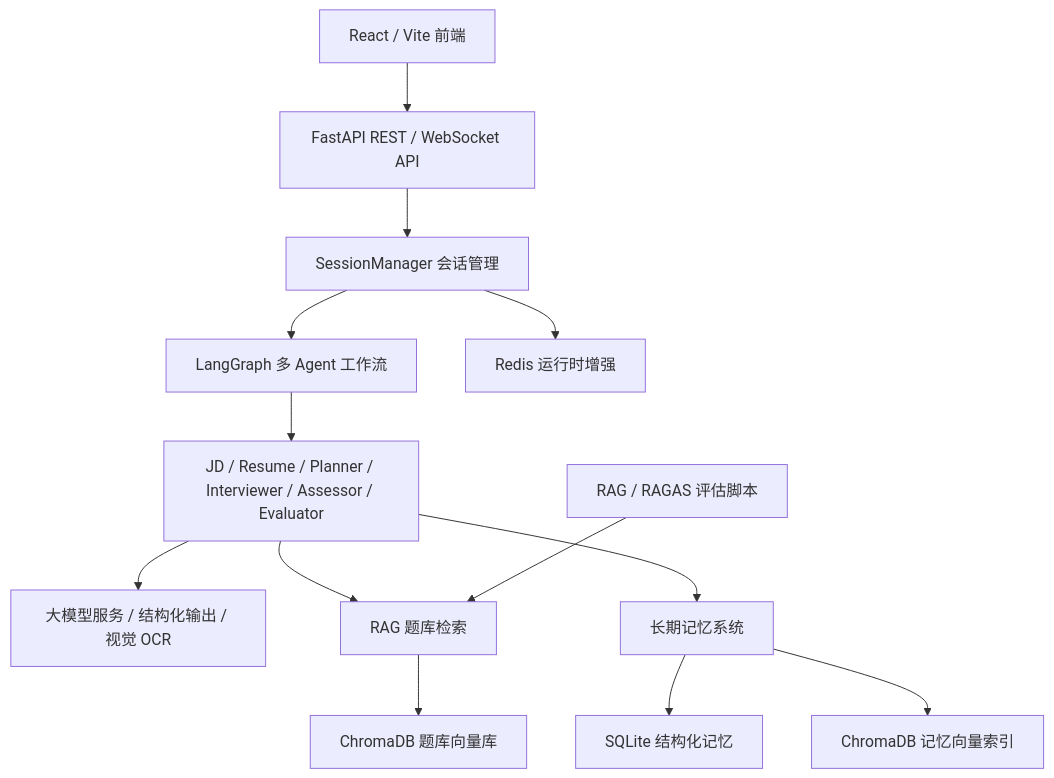
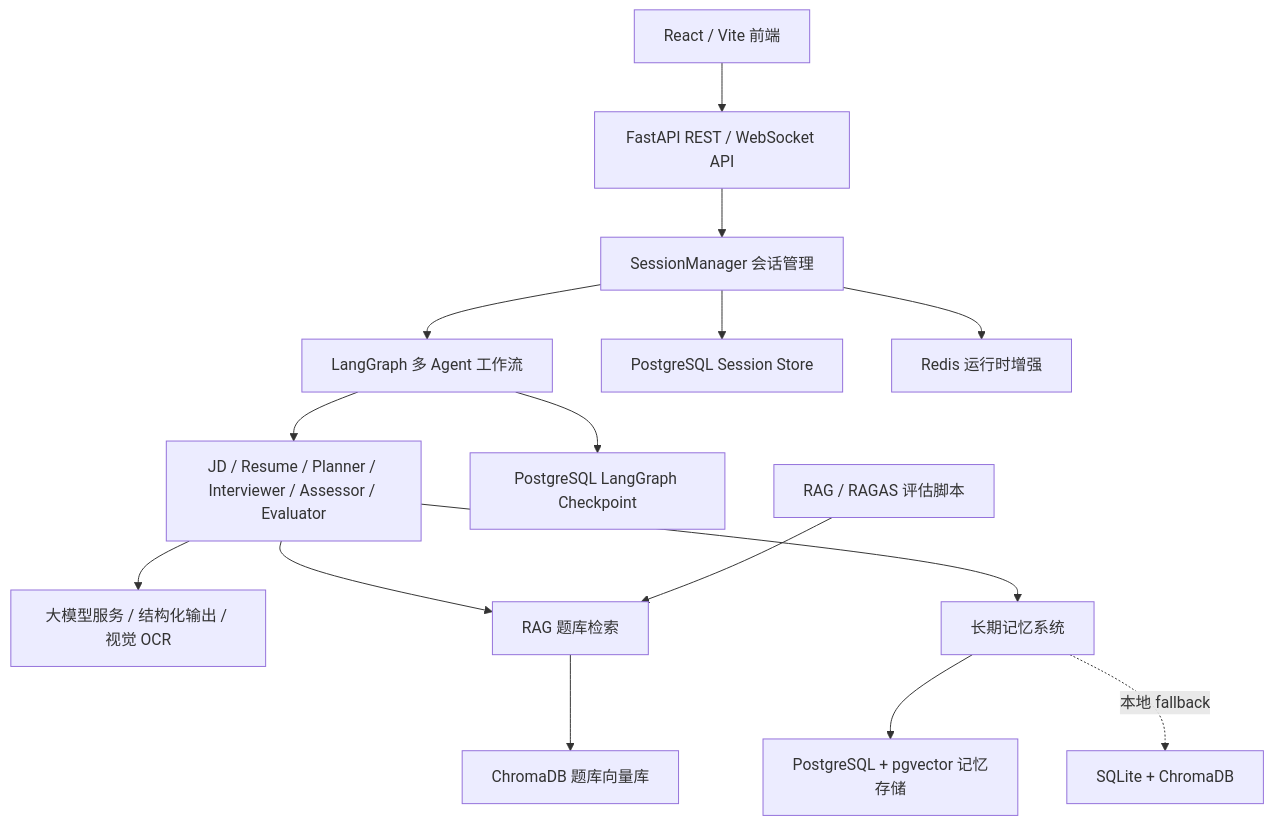
One commit to han-dreamer/ai-mock-interview changed the first of 5 diagrams in docs/course_agent_project_report.md. Above: the diagram before and after it, drawn with Mermaid. The commit also changed other lines of this file and 6 other files, not shown here.

Commit message:
docs: sync postgres memory architecture

````diff
--- a/docs/course_agent_project_report.md
+++ b/docs/course_agent_project_report.md
@@ -37,15 +37,17 @@
 ```mermaid
 flowchart TD
     UI["React / Vite 前端"] --> API["FastAPI REST / WebSocket API"]
     API --> Session["SessionManager 会话管理"]
     Session --> Graph["LangGraph 多 Agent 工作流"]
     Graph --> Agents["JD / Resume / Planner / Interviewer / Assessor / Evaluator"]
     Agents --> LLM["大模型服务 / 结构化输出 / 视觉 OCR"]
     Agents --> RAG["RAG 题库检索"]
     Agents --> Memory["长期记忆系统"]
     RAG --> ChromaQ["ChromaDB 题库向量库"]
-    Memory --> SQLite["SQLite 结构化记忆"]
-    Memory --> ChromaM["ChromaDB 记忆向量索引"]
+    Graph --> Checkpoint["PostgreSQL LangGraph Checkpoint"]
+    Session --> SessionDB["PostgreSQL Session Store"]
+    Memory --> PGMemory["PostgreSQL + pgvector 记忆存储"]
+    Memory -. 本地 fallback .-> LocalMemory["SQLite + ChromaDB"]
     Session --> Redis["Redis 运行时增强"]
     Eval["RAG / RAGAS 评估脚本"] --> RAG
 ```
````
